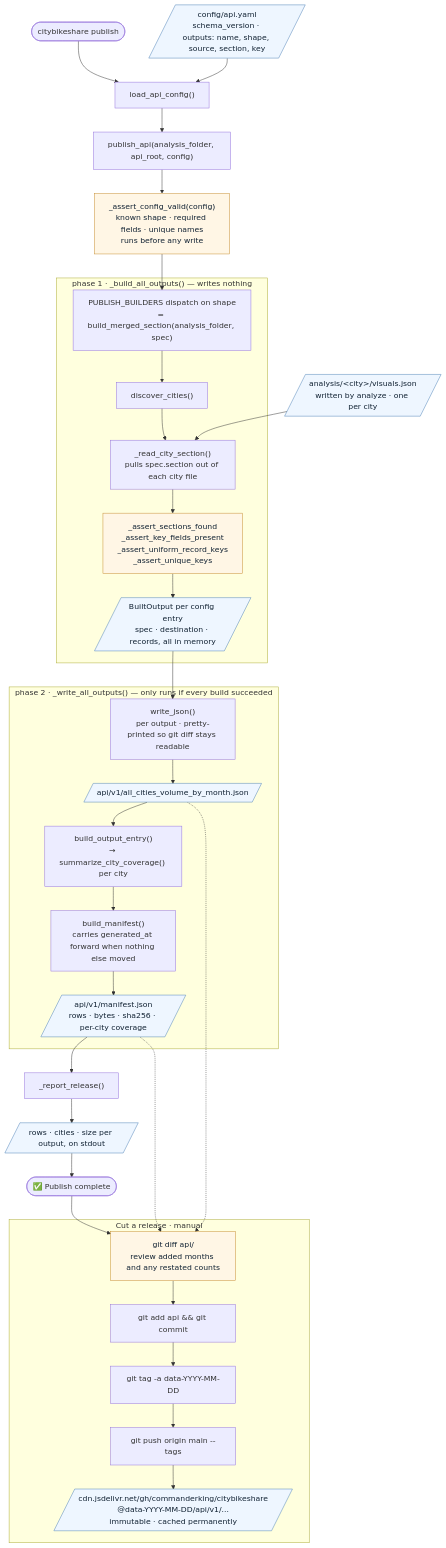
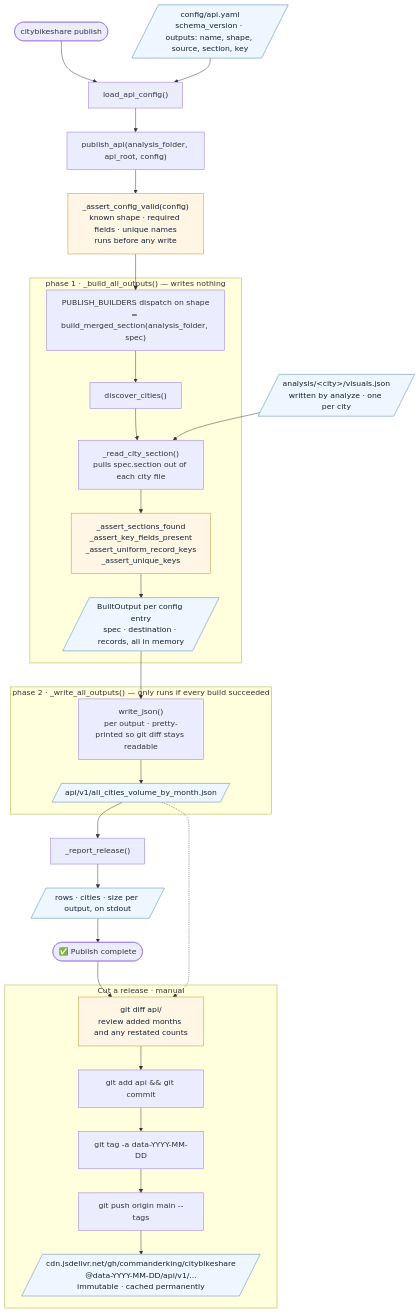
One commit to commanderking/citybikeshare changed the second of 2 diagrams in README.md. Above: the diagram before and after it, drawn with Mermaid. The commit also changed other lines of this file and 4 other files, not shown here.

````diff
--- a/README.md
+++ b/README.md
@@ -255,72 +255,65 @@
 ```mermaid
 flowchart TD
     VISUALS[/"analysis/&lt;city&gt;/visuals.json\nwritten by analyze · one per city"/]
     APICFG[/"config/api.yaml\nschema_version · outputs: name, shape, source, section, key"/]
 
     CLI(["citybikeshare publish"])
     LOAD["load_api_config()"]
     PUBLISH["publish_api(analysis_folder, api_root, config)"]
     VALIDATE["_assert_config_valid(config)\nknown shape · required fields · unique names\nruns before any write"]
 
     CLI --> LOAD
     APICFG --> LOAD
     LOAD --> PUBLISH
     PUBLISH --> VALIDATE
 
     subgraph PHASE1["phase 1 · _build_all_outputs() — writes nothing"]
         BUILD["PUBLISH_BUILDERS dispatch on shape\n= build_merged_section(analysis_folder, spec)"]
         DISCOVER["discover_cities()"]
         READSEC["_read_city_section()\npulls spec.section out of each city file"]
         GUARDS["_assert_sections_found\n_assert_key_fields_present\n_assert_uniform_record_keys\n_assert_unique_keys"]
         BUILT[/"BuiltOutput per config entry\nspec · destination · records, all in memory"/]
 
         BUILD --> DISCOVER
         DISCOVER --> READSEC
         READSEC --> GUARDS
         GUARDS --> BUILT
     end
 
     subgraph PHASE2["phase 2 · _write_all_outputs() — only runs if every build succeeded"]
         WRITE["write_json()\nper output · pretty-printed so git diff stays readable"]
         PAYLOAD[/"api/v1/all_cities_volume_by_month.json"/]
-        ENTRY["build_output_entry()\n→ summarize_city_coverage() per city"]
-        MANIFEST["build_manifest()\ncarries generated_at forward when nothing else moved"]
-        MANFILE[/"api/v1/manifest.json\nrows · bytes · sha256 · per-city coverage"/]
 
         WRITE --> PAYLOAD
-        PAYLOAD --> ENTRY
-        ENTRY --> MANIFEST
-        MANIFEST --> MANFILE
     end
 
     VALIDATE --> BUILD
     VISUALS --> READSEC
     BUILT --> WRITE
 
     REPORT["_report_release()"]
     NOTES[/"rows · cities · size per output, on stdout"/]
-    MANFILE --> REPORT
+    PAYLOAD --> REPORT
     REPORT --> NOTES
     NOTES --> OK(["✅ Publish complete"])
 
     subgraph RELEASE["Cut a release · manual"]
         REVIEW["git diff api/\nreview added months and any restated counts"]
         GITADD["git add api && git commit"]
         GITTAG["git tag -a data-YYYY-MM-DD"]
         PUSH["git push origin main --tags"]
         CDN[/"cdn.jsdelivr.net/gh/commanderking/citybikeshare\n@data-YYYY-MM-DD/api/v1/...\nimmutable · cached permanently"/]
         REVIEW --> GITADD
         GITADD --> GITTAG
         GITTAG --> PUSH
         PUSH --> CDN
     end
 
     OK --> REVIEW
     PAYLOAD -.-> REVIEW
-    MANFILE -.-> REVIEW
 
     classDef artifact fill:#eef6ff,stroke:#4a7fb5,color:#123
     classDef guard fill:#fff6e5,stroke:#c58b2f,color:#123
-    class VISUALS,APICFG,BUILT,PAYLOAD,NOTES,MANFILE,CDN artifact
+    class VISUALS,APICFG,BUILT,PAYLOAD,NOTES,CDN artifact
     class VALIDATE,GUARDS,REVIEW guard
 ```
````
